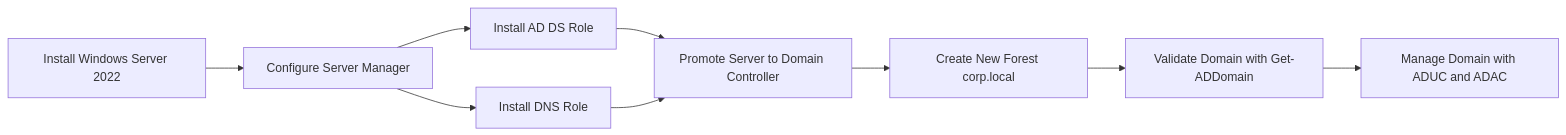
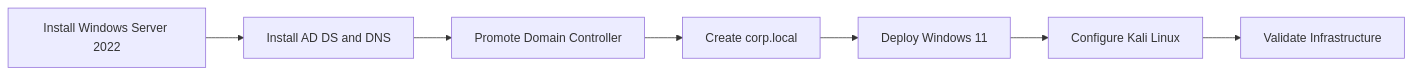
Before and after one commit to InsiyahBhatia/active-directory-infrastructure-lab: the second of 2 diagrams in docs/architecture.md, drawn with Mermaid. The commit also changed other lines of this file and 9 other files, not shown here.

Commit message:
fixed flowcharts

````diff
--- a/docs/architecture.md
+++ b/docs/architecture.md
@@ -51,11 +19,9 @@
 ```mermaid
 graph LR
-    A[Install Windows Server 2022] --> B[Configure Server Manager]
-    B --> C[Install AD DS Role]
-    B --> D[Install DNS Role]
-    C --> E[Promote Server to Domain Controller]
-    D --> E
-    E --> F[Create New Forest corp.local]
-    F --> G[Validate Domain with Get-ADDomain]
-    G --> H[Manage Domain with ADUC and ADAC]
+    A[Install Windows Server 2022] --> B[Install AD DS and DNS]
+    B --> C[Promote Domain Controller]
+    C --> D[Create corp.local]
+    D --> E[Deploy Windows 11]
+    E --> F[Configure Kali Linux]
+    F --> G[Validate Infrastructure]
 ```
````
